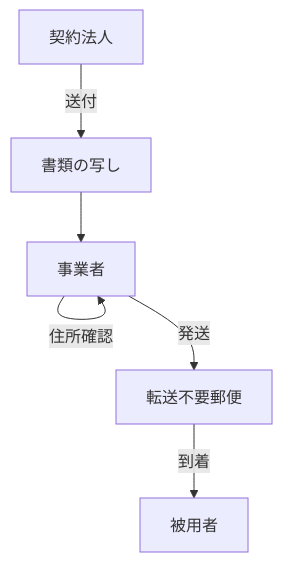
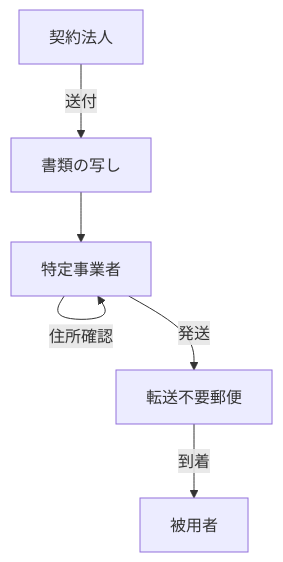
One commit to CiderH2CO3/study-hanshuho changed the seventh of 20 diagrams in hanshuho.md. Above: the diagram before and after it, drawn with Mermaid. The commit also changed other lines of this file, not shown here.

````diff
--- a/hanshuho.md
+++ b/hanshuho.md
@@ -283,14 +293,14 @@
 ```mermaid
 graph TD
     Corp[契約法人]
-    Biz[事業者]
+    Biz[特定事業者]
     Copy[書類の写し]
     Mail[転送不要郵便]
     User[被用者]
 
     Corp -->|送付| Copy
     Copy --> Biz
     Biz -->|住所確認| Biz
     Biz -->|発送| Mail
     Mail -->|到着| User
 ```
````
